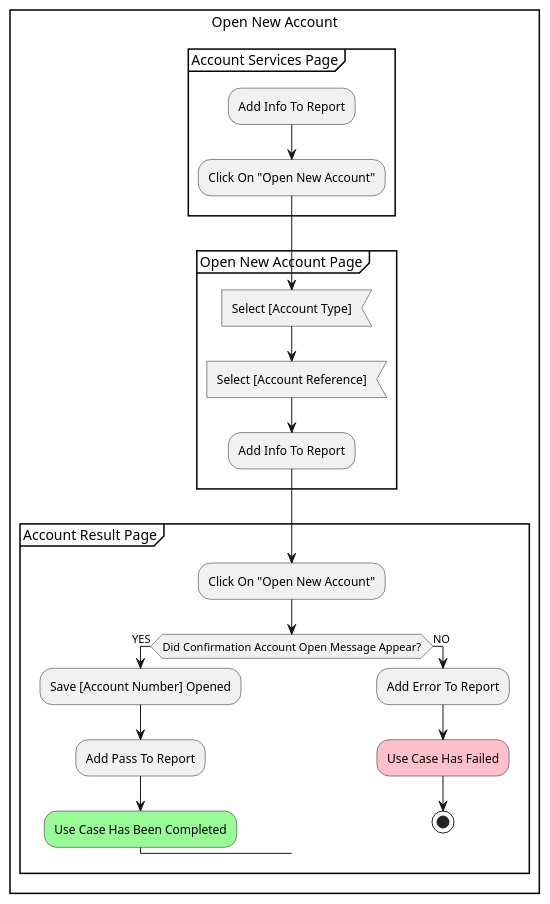
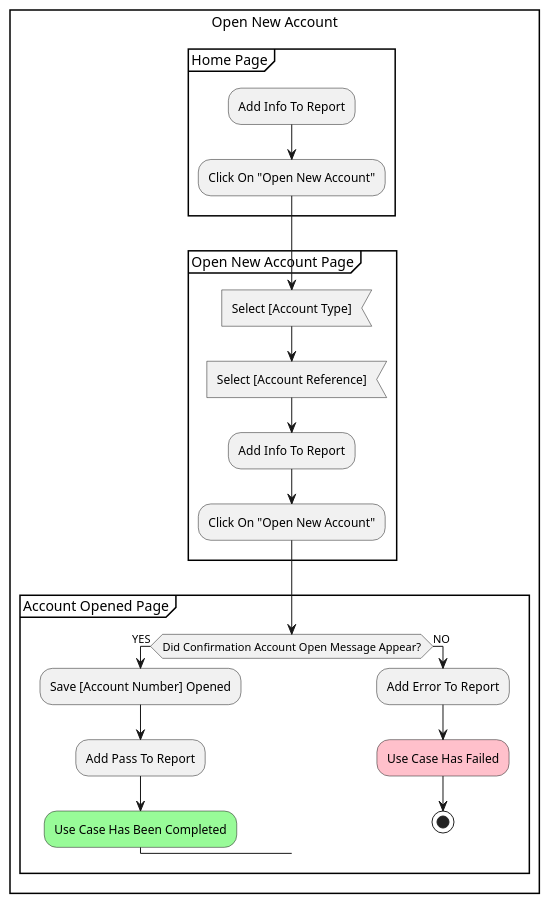
The diagram in infraestructure/docs/components/usecases/Open New Account/e2e.puml (AngelGerardoMolinaValdez/web-selenium-python-robotframework-1), drawn with PlantUML before and after one commit. The commit also changed 9 other files, not shown here.

Commit message:
feat(account): Implement open new account functionality with data-driven tests and page objects

```diff
--- a/infraestructure/docs/components/usecases/Open New Account/e2e.puml
+++ b/infraestructure/docs/components/usecases/Open New Account/e2e.puml
@@ -1,25 +1,25 @@
 @startuml OPEN_NEW_ACCOUNT_E2E
 rectangle "Open New Account" {
-    partition "Account Services Page" {
+    partition "Home Page" {
         :Add Info To Report;
         :Click On "Open New Account";
     }
     partition "Open New Account Page" {
         :Select [Account Type]; <<input>>
         :Select [Account Reference]; <<input>>
         :Add Info To Report;
+        :Click On "Open New Account";
     }
-    partition "Account Result Page" {
-        :Click On "Open New Account";
+    partition "Account Opened Page" {
         if (Did Confirmation Account Open Message Appear?) then (YES)
             :Save [Account Number] Opened;
             :Add Pass To Report;
             #palegreen:Use Case Has Been Completed;
         else (NO)
             :Add Error To Report;
             #pink:Use Case Has Failed;
             stop
         endif
     }
 }
 @enduml
```
